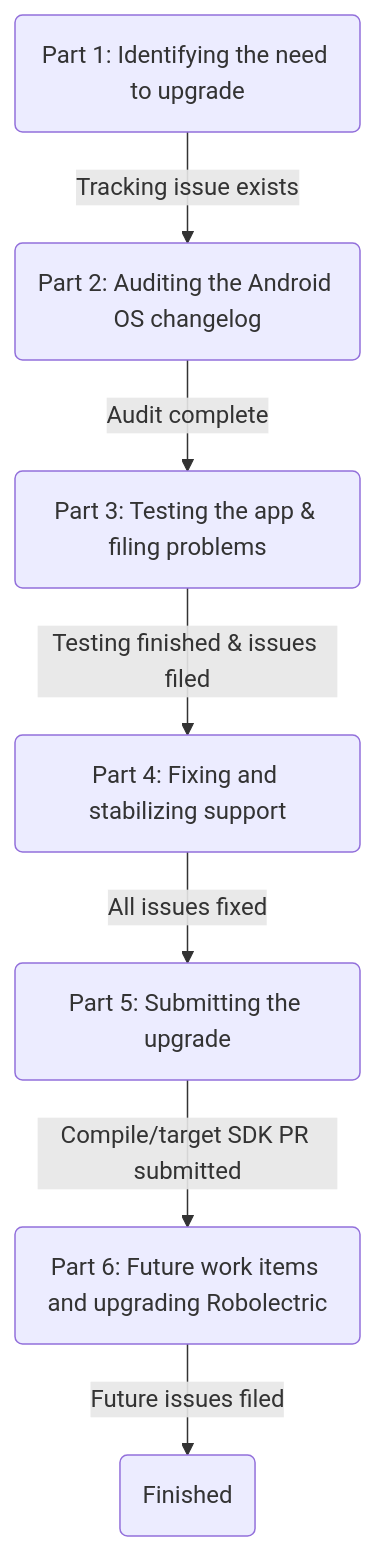
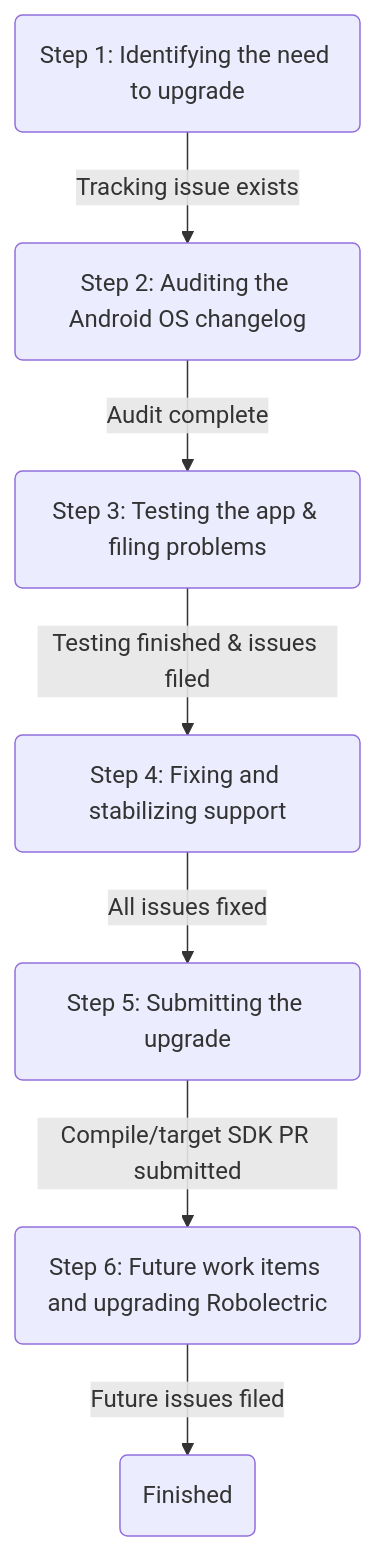
Before and after one commit to oppia/oppia-android: the diagram in wiki/Upgrading-Target-Sdk-Guide.md, drawn with Mermaid. The commit also changed other lines of this file, not shown here.

````diff
--- a/wiki/Upgrading-Target-Sdk-Guide.md
+++ b/wiki/Upgrading-Target-Sdk-Guide.md
@@ -11,10 +11,10 @@
 ```mermaid
 flowchart TD
-    A(Part 1: Identifying the need to upgrade) -->|Tracking issue exists| B
-    B(Part 2: Auditing the Android OS changelog) -->|Audit complete| C
-    C(Part 3: Testing the app & filing problems) -->|Testing finished & issues filed| D
-    D(Part 4: Fixing and stabilizing support) -->|All issues fixed| E
-    E(Part 5: Submitting the upgrade) -->|Compile/target SDK PR submitted| F
-    F(Part 6: Future work items and upgrading Robolectric) -->|Future issues filed| G
+    A(Step 1: Identifying the need to upgrade) -->|Tracking issue exists| B
+    B(Step 2: Auditing the Android OS changelog) -->|Audit complete| C
+    C(Step 3: Testing the app & filing problems) -->|Testing finished & issues filed| D
+    D(Step 4: Fixing and stabilizing support) -->|All issues fixed| E
+    E(Step 5: Submitting the upgrade) -->|Compile/target SDK PR submitted| F
+    F(Step 6: Future work items and upgrading Robolectric) -->|Future issues filed| G
     G(Finished)
 ```
````
